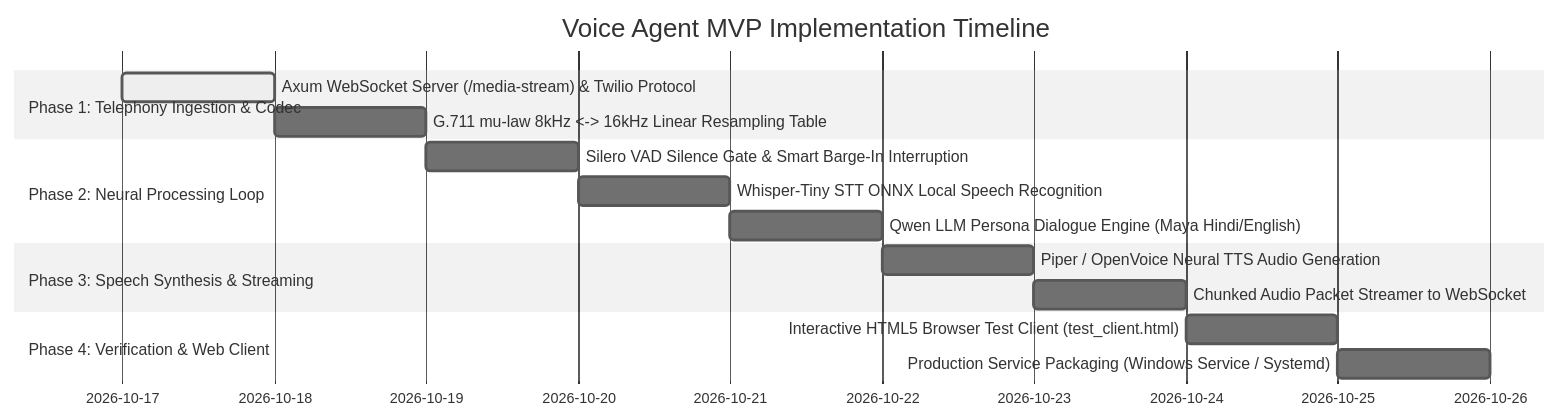
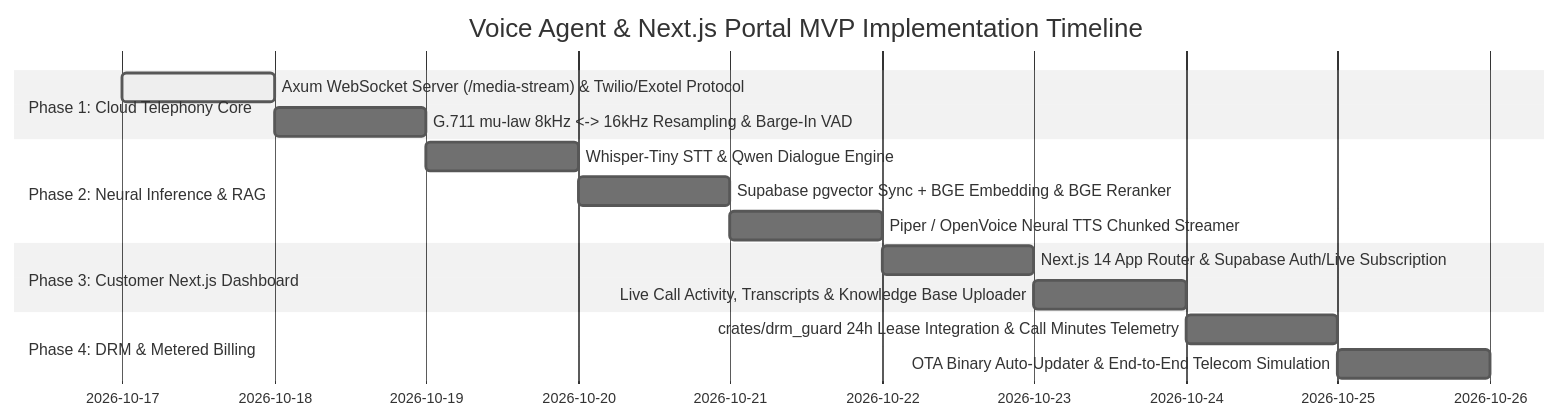
The diagram in apps/voice_agent/MVP.md (9907918672SUNDEEP30/voice-recorder-), drawn with Mermaid (neutral theme) before and after one commit. The commit also changed other lines of this file and 14 other files, not shown here.

Commit message:
docs: add FINAL_DEPLOYMENT_GUIDE.md, MASTER_IMPLEMENTATION_PLAN.md, supabase_schema.sql, and update multi-app telemetry and docs

````diff
--- a/apps/voice_agent/MVP.md
+++ b/apps/voice_agent/MVP.md
@@ -14,18 +14,18 @@
 ```mermaid
 gantt
-    title Voice Agent MVP Implementation Timeline
+    title Voice Agent & Next.js Portal MVP Implementation Timeline
     dateFormat  YYYY-MM-DD
-    section Phase 1: Telephony Ingestion & Codec
-    Axum WebSocket Server (/media-stream) & Twilio Protocol     :active, p1_1, 2026-10-17, 1d
-    G.711 mu-law 8kHz <-> 16kHz Linear Resampling Table        :p1_2, after p1_1, 1d
-    section Phase 2: Neural Processing Loop
-    Silero VAD Silence Gate & Smart Barge-In Interruption      :p2_1, after p1_2, 1d
-    Whisper-Tiny STT ONNX Local Speech Recognition              :p2_2, after p2_1, 1d
-    Qwen LLM Persona Dialogue Engine (Maya Hindi/English)       :p2_3, after p2_2, 1d
-    section Phase 3: Speech Synthesis & Streaming
-    Piper / OpenVoice Neural TTS Audio Generation              :p3_1, after p2_3, 1d
-    Chunked Audio Packet Streamer to WebSocket                  :p3_2, after p3_1, 1d
-    section Phase 4: Verification & Web Client
-    Interactive HTML5 Browser Test Client (test_client.html)    :p4_1, after p3_2, 1d
-    Production Service Packaging (Windows Service / Systemd)   :p4_2, after p4_1, 1d
+    section Phase 1: Cloud Telephony Core
+    Axum WebSocket Server (/media-stream) & Twilio/Exotel Protocol :active, p1_1, 2026-10-17, 1d
+    G.711 mu-law 8kHz <-> 16kHz Resampling & Barge-In VAD          :p1_2, after p1_1, 1d
+    section Phase 2: Neural Inference & RAG
+    Whisper-Tiny STT & Qwen Dialogue Engine                        :p2_1, after p1_2, 1d
+    Supabase pgvector Sync + BGE Embedding & BGE Reranker          :p2_2, after p2_1, 1d
+    Piper / OpenVoice Neural TTS Chunked Streamer                  :p2_3, after p2_2, 1d
+    section Phase 3: Customer Next.js Dashboard
+    Next.js 14 App Router & Supabase Auth/Live Subscription        :p3_1, after p2_3, 1d
+    Live Call Activity, Transcripts & Knowledge Base Uploader      :p3_2, after p3_1, 1d
+    section Phase 4: DRM & Metered Billing
+    crates/drm_guard 24h Lease Integration & Call Minutes Telemetry:p4_1, after p3_2, 1d
+    OTA Binary Auto-Updater & End-to-End Telecom Simulation        :p4_2, after p4_1, 1d
 ```
````
